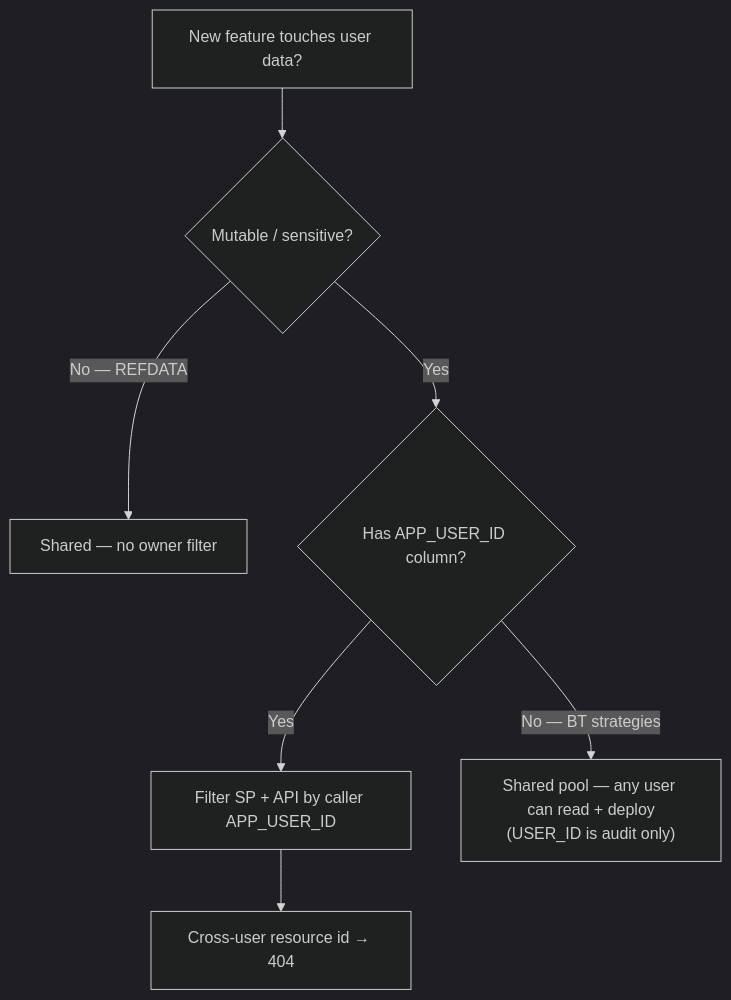
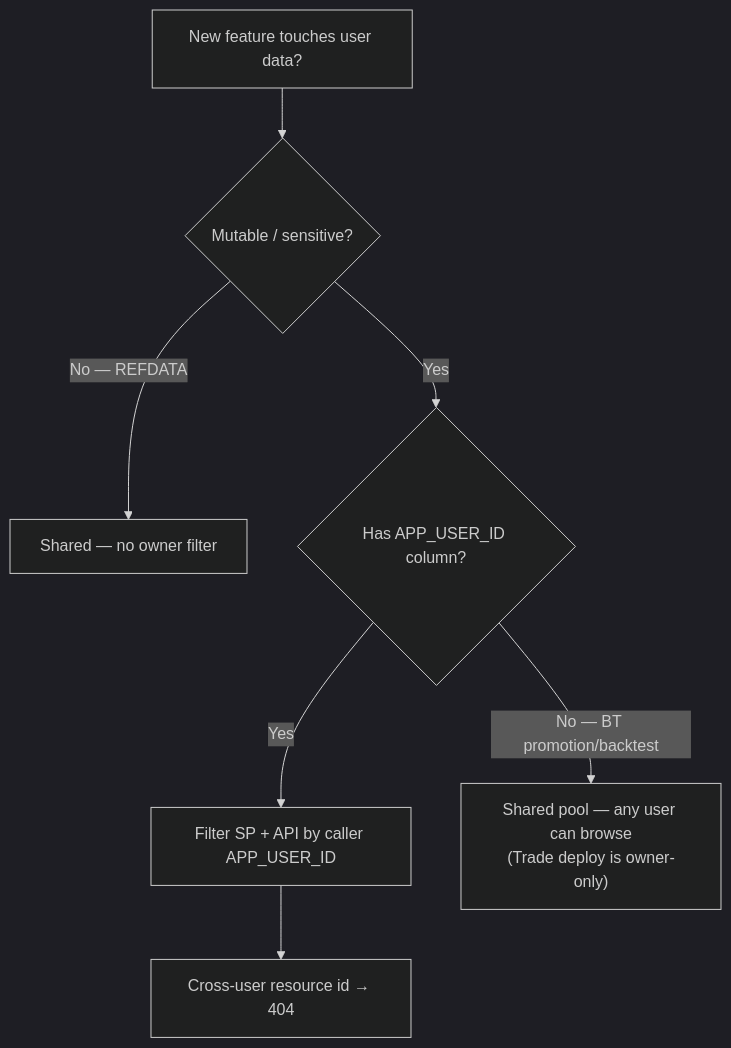
Before and after one commit to alfred1123/Quant_Strategies: the diagram in docs/design/user-isolation.md, drawn with Mermaid (dark theme). The commit also changed other lines of this file and 35 other files, not shown here.

````diff
--- a/docs/design/user-isolation.md
+++ b/docs/design/user-isolation.md
@@ -127,10 +128,10 @@
 ```mermaid
 flowchart TD
   A["New feature touches user data?"]
   A --> B{"Mutable / sensitive?"}
   B -->|No — REFDATA| C["Shared — no owner filter"]
   B -->|Yes| D{"Has APP_USER_ID column?"}
   D -->|Yes| E["Filter SP + API by caller APP_USER_ID"]
-  D -->|No — BT strategies| F["Shared pool — any user can read + deploy\n(USER_ID is audit only)"]
+  D -->|No — BT promotion/backtest| F["Shared pool — any user can browse\n(Trade deploy is owner-only)"]
   E --> I["Cross-user resource id → 404"]
 ```
````
